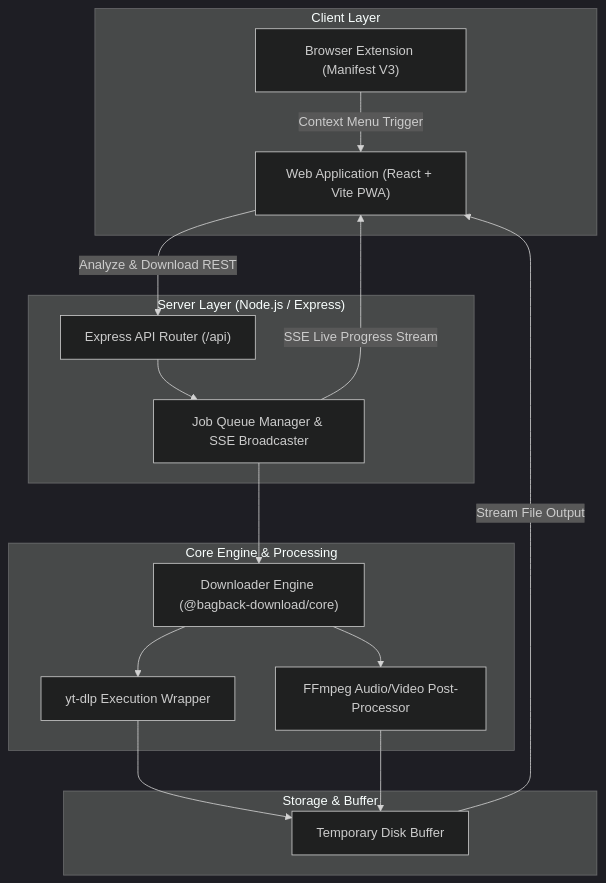
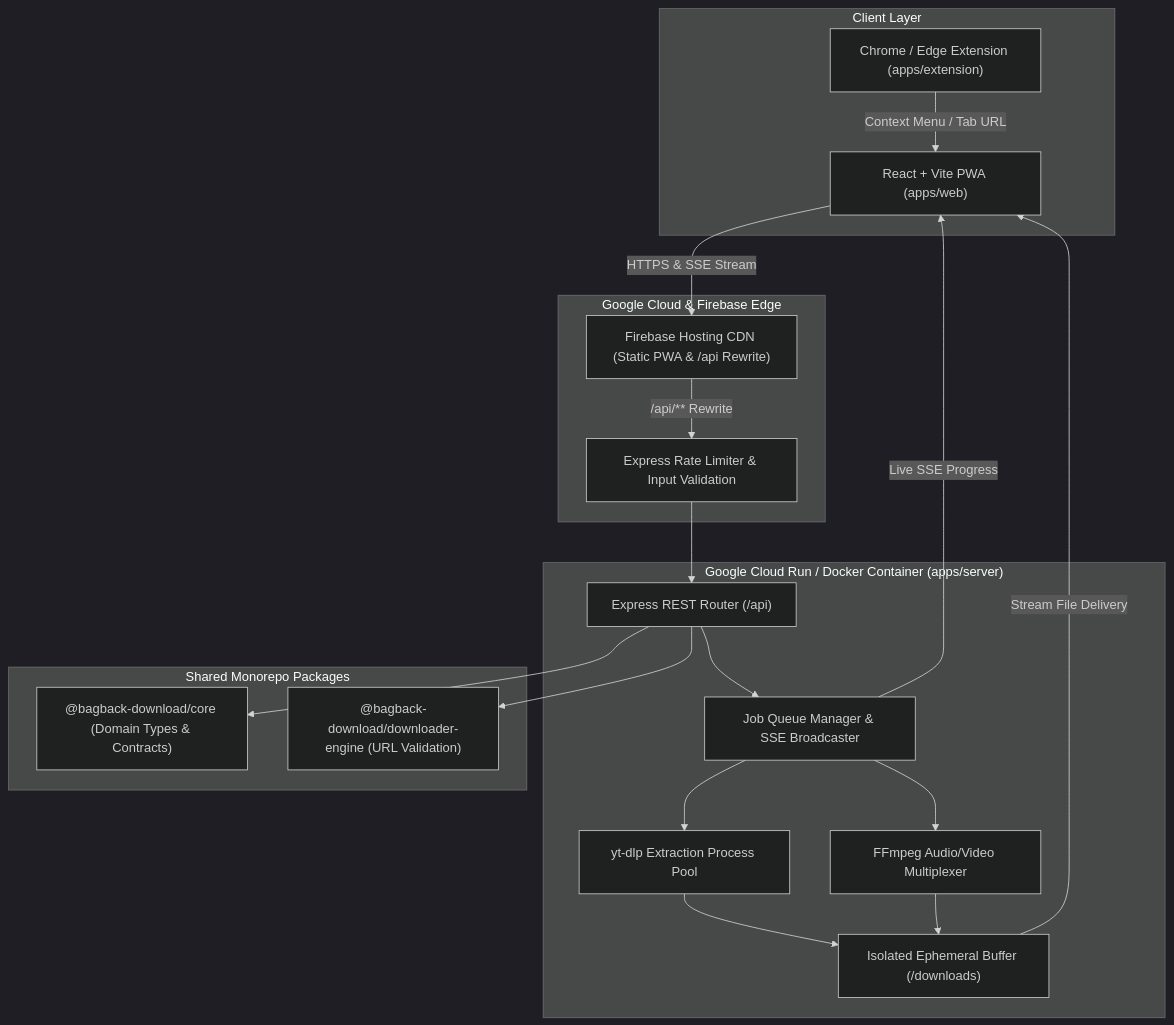
Before and after one commit to mohamedosamaai/bagback-download: the diagram in README.md, drawn with Mermaid (dark theme). The commit also changed other lines of this file and 22 other files, not shown here.

Commit message:
chore(release): unify repository governance, CI/CD security workflows, and Cloud Run/Firebase deployment config

````diff
--- a/README.md
+++ b/README.md
@@ -38,33 +44,39 @@
 ```mermaid
 graph TB
     subgraph Client ["Client Layer"]
-        Web["Web Application (React + Vite PWA)"]
-        Ext["Browser Extension (Manifest V3)"]
+        Web["React + Vite PWA (apps/web)"]
+        Ext["Chrome / Edge Extension (apps/extension)"]
     end
 
-    subgraph API ["Server Layer (Node.js / Express)"]
-        Router["Express API Router (/api)"]
-        Queue["Job Queue Manager & SSE Broadcaster"]
+    subgraph Edge ["Google Cloud & Firebase Edge"]
+        Firebase["Firebase Hosting CDN (Static PWA & /api Rewrite)"]
+        RateLimit["Express Rate Limiter & Input Validation"]
     end
 
-    subgraph Core ["Core Engine & Processing"]
-        Engine["Downloader Engine (@bagback-download/core)"]
-        YtDlp["yt-dlp Execution Wrapper"]
-        FFmpeg["FFmpeg Audio/Video Post-Processor"]
+    subgraph Backend ["Google Cloud Run / Docker Container (apps/server)"]
+        Router["Express REST Router (/api)"]
+        Queue["Job Queue Manager & SSE Broadcaster"]
+        YtDlp["yt-dlp Extraction Process Pool"]
+        FFmpeg["FFmpeg Audio/Video Multiplexer"]
+        TempDisk["Isolated Ephemeral Buffer (/downloads)"]
     end
 
-    subgraph Storage ["Storage & Buffer"]
-        Disk["Temporary Disk Buffer"]
+    subgraph Workspaces ["Shared Monorepo Packages"]
+        Core["@bagback-download/core (Domain Types & Contracts)"]
+        Engine["@bagback-download/downloader-engine (URL Validation)"]
     end
 
-    Web -->|Analyze & Download REST| Router
-    Ext -->|Context Menu Trigger| Web
+    Ext -->|Context Menu / Tab URL| Web
+    Web -->|HTTPS & SSE Stream| Firebase
+    Firebase -->|/api/** Rewrite| RateLimit
+    RateLimit --> Router
     Router --> Queue
-    Queue --> Engine
-    Engine --> YtDlp
-    Engine --> FFmpeg
-    YtDlp --> Disk
-    FFmpeg --> Disk
-    Disk -->|Stream File Output| Web
-    Queue -->|SSE Live Progress Stream| Web
+    Queue --> YtDlp
+    Queue --> FFmpeg
+    YtDlp --> TempDisk
+    FFmpeg --> TempDisk
+    Router --> Core
+    Router --> Engine
+    TempDisk -->|Stream File Delivery| Web
+    Queue -->|Live SSE Progress| Web
 ```
````
